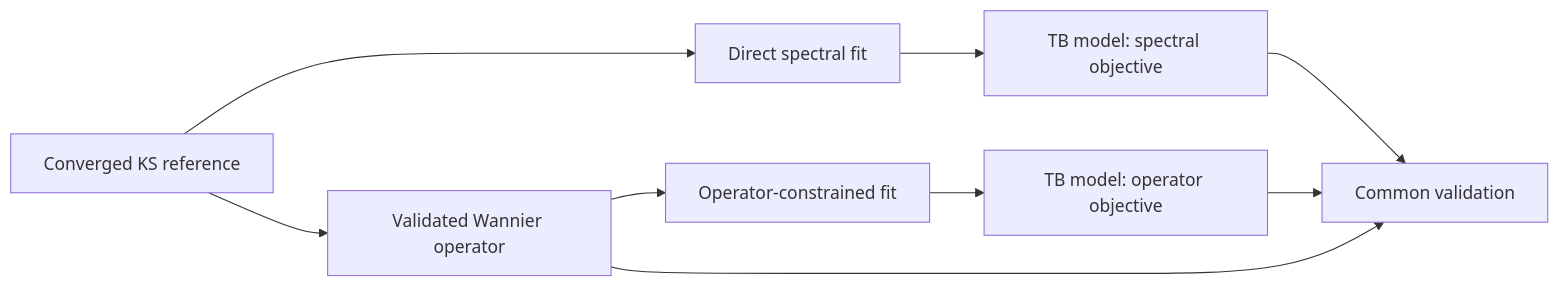
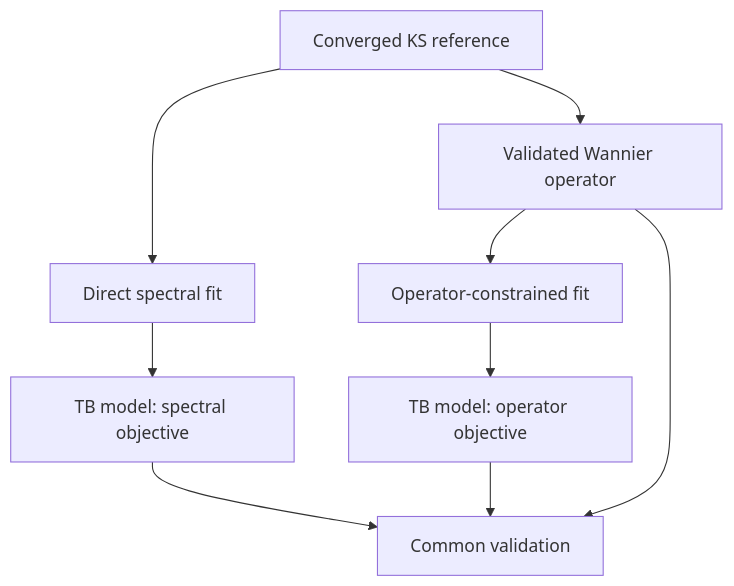
The diagram in docs/papers/ksdft2effmass.P01.md (eragasa/ksdft2effmass), drawn with Mermaid before and after one commit. The commit also changed other lines of this file and 1 other file, not shown here.

````diff
--- a/docs/papers/ksdft2effmass.P01.md
+++ b/docs/papers/ksdft2effmass.P01.md
@@ -400,19 +399,19 @@
    ```mermaid
-   flowchart LR
+   flowchart TD
        KS["Converged KS reference"]
        W["Validated Wannier operator"]
        D["Direct spectral fit"]
        O["Operator-constrained fit"]
        TB_E["TB model: spectral objective"]
        TB_H["TB model: operator objective"]
        V["Common validation"]
 
        KS --> W
        KS --> D
        D --> TB_E
        W --> O
        O --> TB_H
        TB_E --> V
        TB_H --> V
        W --> V
    ```
````
